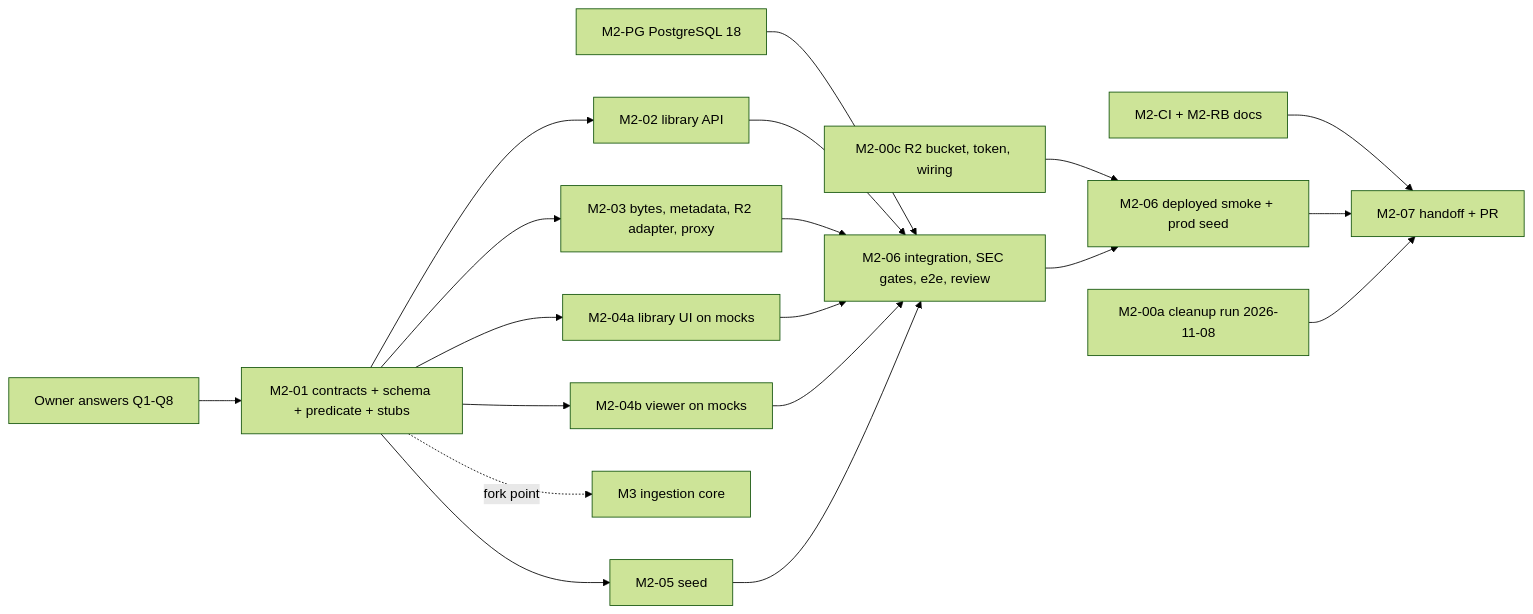
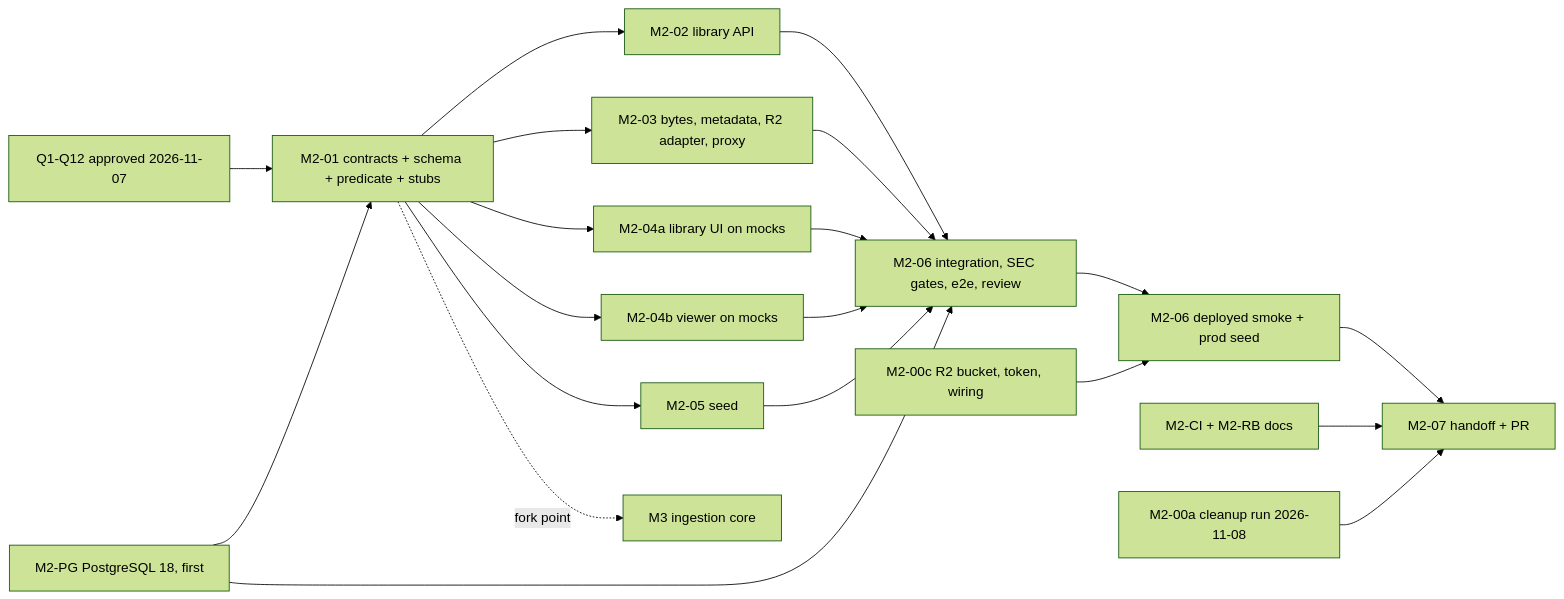
The diagram in docs/milestones/M2/plan.md (BarakTubul/KnowServe), drawn with Mermaid (forest theme) before and after one commit. The commit also changed other lines of this file and 8 other files, not shown here.

````diff
--- a/docs/milestones/M2/plan.md
+++ b/docs/milestones/M2/plan.md
@@ -164,21 +169,22 @@
 ```mermaid
 graph LR
-  Q[Owner answers Q1-Q8] --> T01[M2-01 contracts + schema + predicate + stubs]
+  Q[Q1-Q12 approved 2026-11-07] --> T01[M2-01 contracts + schema + predicate + stubs]
   T01 --> T02[M2-02 library API]
   T01 --> T03[M2-03 bytes, metadata, R2 adapter, proxy]
   T01 --> T04a[M2-04a library UI on mocks]
   T01 --> T04b[M2-04b viewer on mocks]
   T01 --> T05[M2-05 seed]
   T01 -. fork point .-> M3[M3 ingestion core]
-  PG[M2-PG PostgreSQL 18] --> T06
+  PG[M2-PG PostgreSQL 18, first] --> T01
+  PG --> T06
   T02 --> T06[M2-06 integration, SEC gates, e2e, review]
   T03 --> T06
   T04a --> T06
   T04b --> T06
   T05 --> T06
   R2[M2-00c R2 bucket, token, wiring] --> T06s[M2-06 deployed smoke + prod seed]
   T06 --> T06s
   CI[M2-CI + M2-RB docs] --> T07
   T06s --> T07[M2-07 handoff + PR]
   C[M2-00a cleanup run 2026-11-08] --> T07
 ```
````
